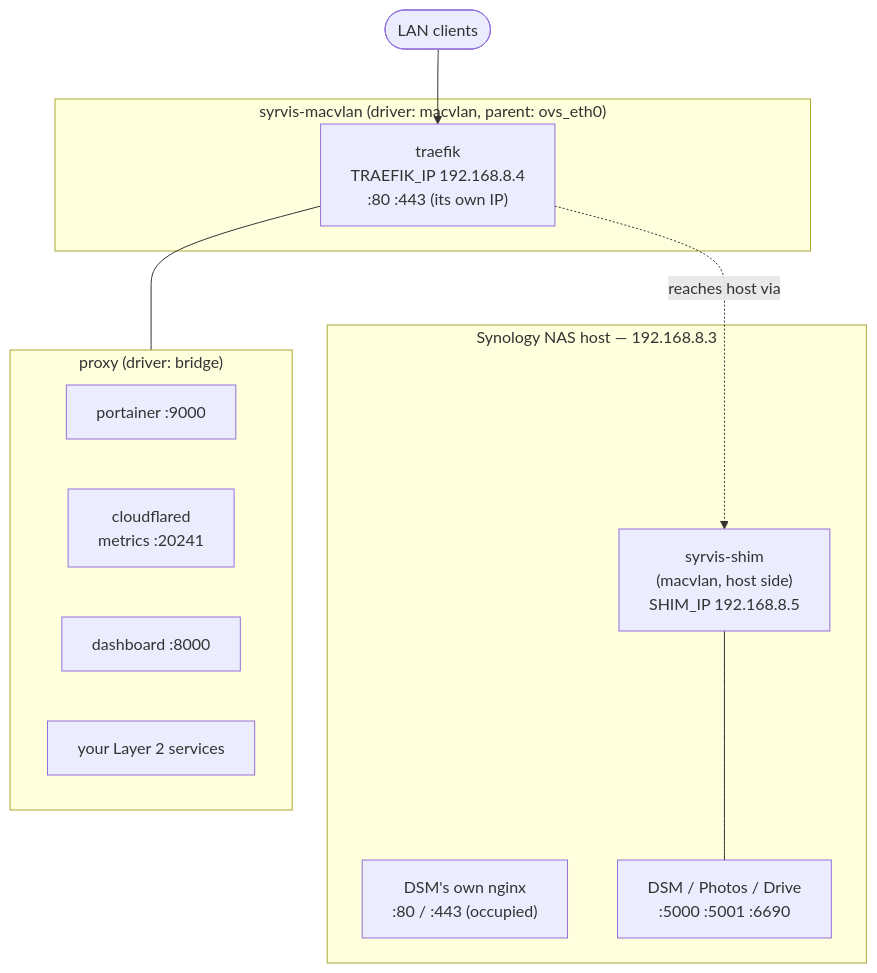
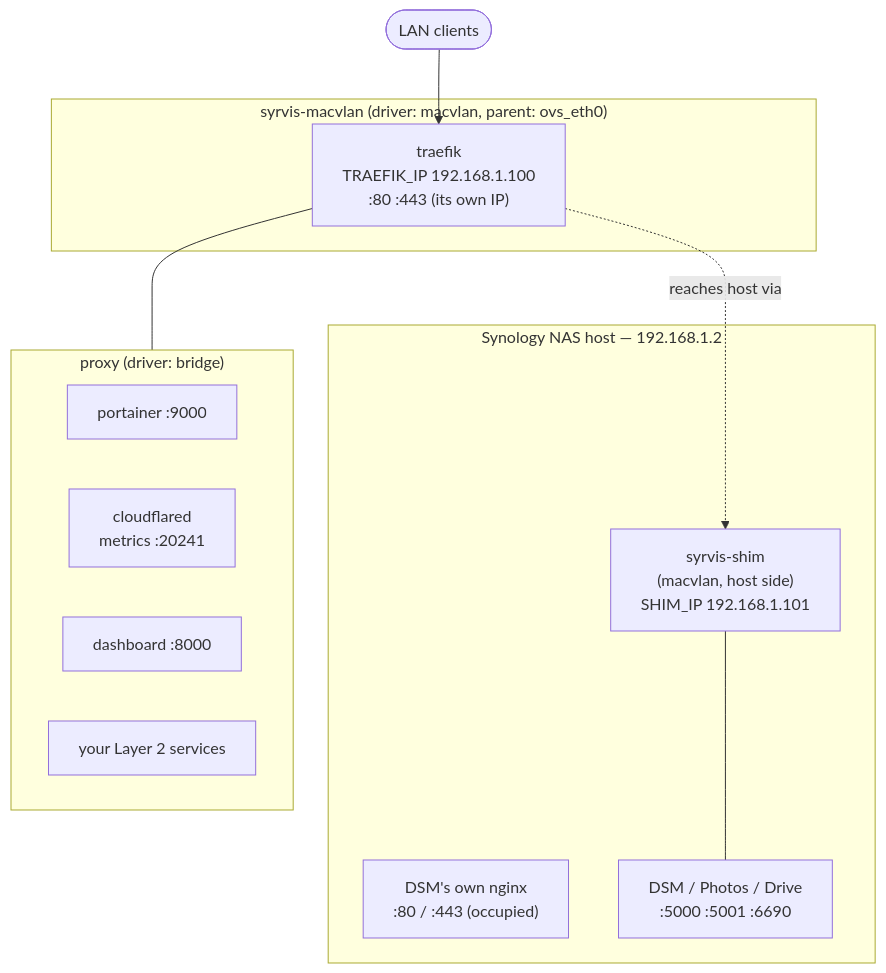
One commit to kevinteg/SyrvisCore changed the first of 8 diagrams in docs/wiki/03-networking.md. Above: the diagram before and after it, drawn with Mermaid. The commit also changed other lines of this file and 16 other files, not shown here.

````diff
--- a/docs/wiki/03-networking.md
+++ b/docs/wiki/03-networking.md
@@ -17,24 +17,24 @@
 ```mermaid
 flowchart TB
-    subgraph host["Synology NAS host — 192.168.8.3"]
+    subgraph host["Synology NAS host — 192.168.1.2"]
         nginx["DSM's own nginx<br/>:80 / :443 (occupied)"]
         dsm["DSM / Photos / Drive<br/>:5000 :5001 :6690"]
-        shim["syrvis-shim<br/>(macvlan, host side)<br/>SHIM_IP 192.168.8.5"]
+        shim["syrvis-shim<br/>(macvlan, host side)<br/>SHIM_IP 192.168.1.101"]
     end
 
     subgraph macvlan["syrvis-macvlan (driver: macvlan, parent: ovs_eth0)"]
-        traefik["traefik<br/>TRAEFIK_IP 192.168.8.4<br/>:80 :443 (its own IP)"]
+        traefik["traefik<br/>TRAEFIK_IP 192.168.1.100<br/>:80 :443 (its own IP)"]
     end
 
     subgraph proxy["proxy (driver: bridge)"]
         portainer["portainer :9000"]
         cloudflared["cloudflared<br/>metrics :20241"]
         dashboard["dashboard :8000"]
         l2["your Layer 2 services"]
     end
 
     traefik --- proxy
     traefik -. "reaches host via" .-> shim
     shim --- dsm
     lan(["LAN clients"]) --> traefik
 ```
````
